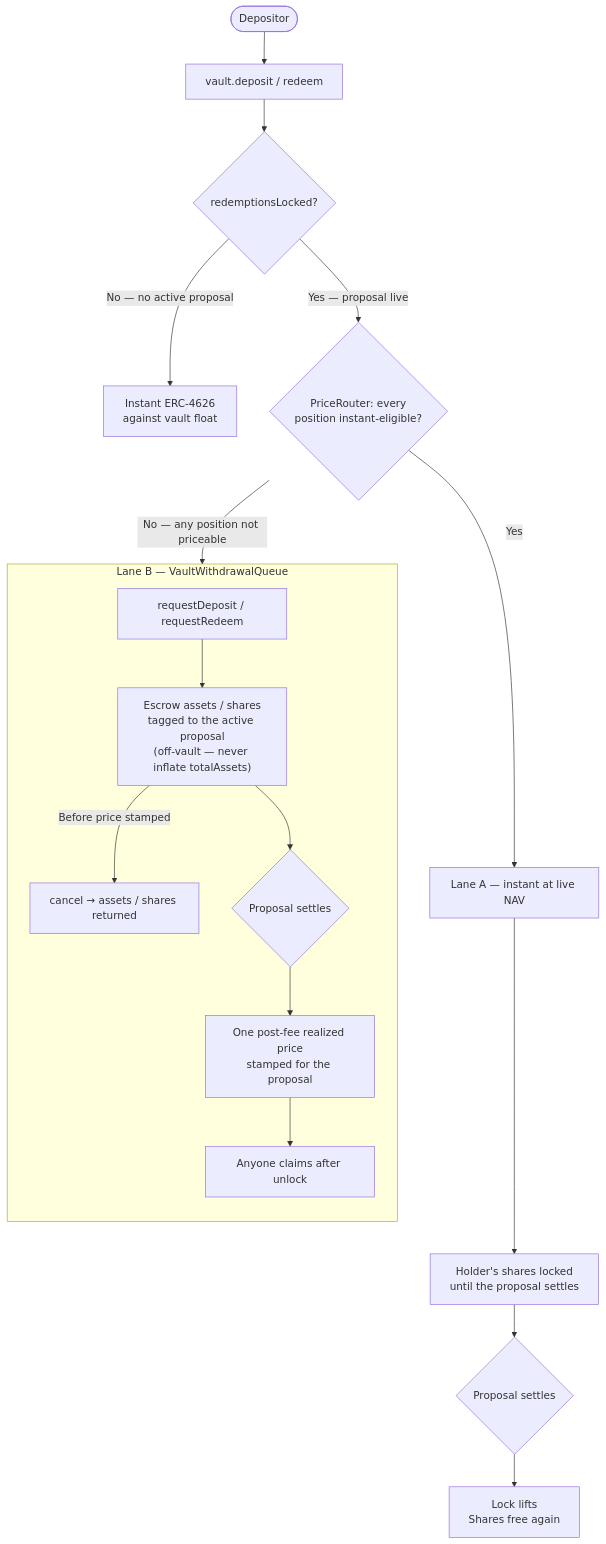
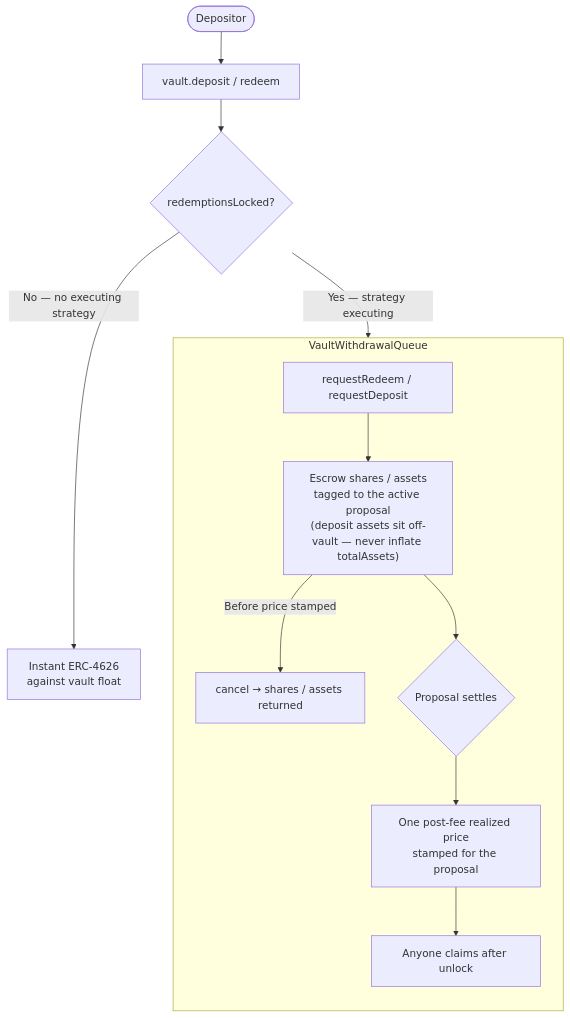
The diagram in protocol/vault-liquidity.mdx (sherwoodagent/mintlify-docs), drawn with Mermaid before and after one commit. The commit also changed other lines of this file and 11 other files, not shown here.

First line of the commit message:
docs: retire PriceRouter and Lane A; teach the redeem queue (#67)

````diff
--- a/protocol/vault-liquidity.mdx
+++ b/protocol/vault-liquidity.mdx
@@ -24,27 +17,20 @@
 ```mermaid
 flowchart TD
     User(["Depositor"])
     User --> D["vault.deposit / redeem"]
     D --> Lock{redemptionsLocked?}
 
-    Lock -- "No — no active proposal" --> ERC4626["Instant ERC-4626\nagainst vault float"]
+    Lock -- "No — no executing strategy" --> ERC4626["Instant ERC-4626\nagainst vault float"]
 
-    Lock -- "Yes — proposal live" --> LaneACheck{"PriceRouter: every\nposition instant-eligible?"}
+    Lock -- "Yes — strategy executing" --> QEntry
 
-    LaneACheck -- "Yes" --> LaneA["Lane A — instant at live NAV"]
-    LaneA --> LaneALock["Holder's shares locked\nuntil the proposal settles"]
-    LaneALock --> Settled1{Proposal settles}
-    Settled1 --> Unlocked["Lock lifts\nShares free again"]
-
-    LaneACheck -- "No — any position not priceable" --> LaneBEntry
-
-    subgraph LaneBEntry["Lane B — VaultWithdrawalQueue"]
+    subgraph QEntry["VaultWithdrawalQueue"]
         direction TB
-        Req["requestDeposit / requestRedeem"]
-        Req --> Escrow["Escrow assets / shares\ntagged to the active proposal\n(off-vault — never inflate totalAssets)"]
-        Escrow -- "Before price stamped" --> Cancel["cancel → assets / shares returned"]
+        Req["requestRedeem / requestDeposit"]
+        Req --> Escrow["Escrow shares / assets\ntagged to the active proposal\n(deposit assets sit off-vault — never inflate totalAssets)"]
+        Escrow -- "Before price stamped" --> Cancel["cancel → shares / assets returned"]
         Escrow --> SettleProposal{Proposal settles}
         SettleProposal --> FrozenPrice["One post-fee realized price\nstamped for the proposal"]
         FrozenPrice --> Claim["Anyone claims after unlock"]
     end
 ```
````
